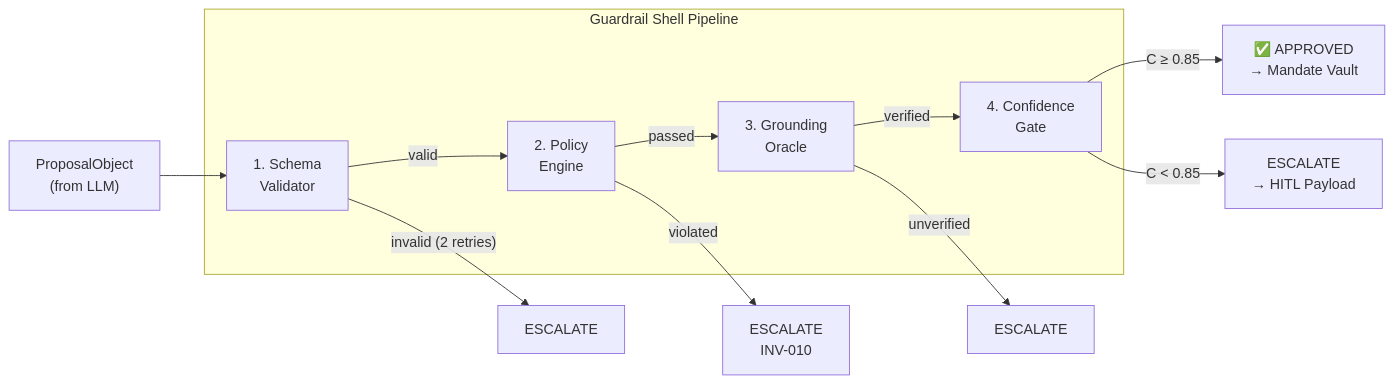
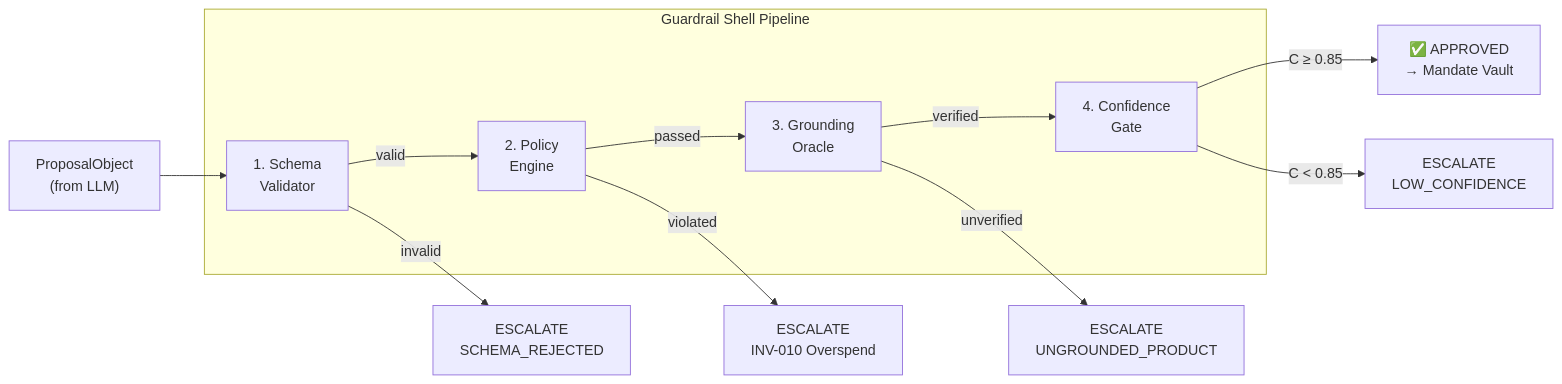
One commit to Youismw/razorpay-buildathon changed the second of 2 diagrams in ARCHITECTURE.md. Above: the diagram before and after it, drawn with Mermaid. The commit also changed other lines of this file and 12 other files, not shown here.

Commit message:
feat: implement production-ready architecture with mandate vault, UPI adapters, and migration documentation

````diff
--- a/ARCHITECTURE.md
+++ b/ARCHITECTURE.md
@@ -94,20 +142,20 @@
 ```mermaid
 graph LR
     INPUT["ProposalObject<br/>(from LLM)"] --> S1
 
     subgraph "Guardrail Shell Pipeline"
         S1["1. Schema<br/>Validator"]
         S2["2. Policy<br/>Engine"]
         S3["3. Grounding<br/>Oracle"]
         S4["4. Confidence<br/>Gate"]
     end
 
     S1 -->|"valid"| S2
-    S1 -->|"invalid (2 retries)"| ESC1["ESCALATE"]
+    S1 -->|"invalid"| ESC1["ESCALATE<br/>SCHEMA_REJECTED"]
     S2 -->|"passed"| S3
-    S2 -->|"violated"| ESC2["ESCALATE<br/>INV-010"]
+    S2 -->|"violated"| ESC2["ESCALATE<br/>INV-010 Overspend"]
     S3 -->|"verified"| S4
-    S3 -->|"unverified"| ESC3["ESCALATE"]
+    S3 -->|"unverified"| ESC3["ESCALATE<br/>UNGROUNDED_PRODUCT"]
     S4 -->|"C ≥ 0.85"| APPROVED["✅ APPROVED<br/>→ Mandate Vault"]
-    S4 -->|"C < 0.85"| ESC4["ESCALATE<br/>→ HITL Payload"]
+    S4 -->|"C < 0.85"| ESC4["ESCALATE<br/>LOW_CONFIDENCE"]
 ```
````
